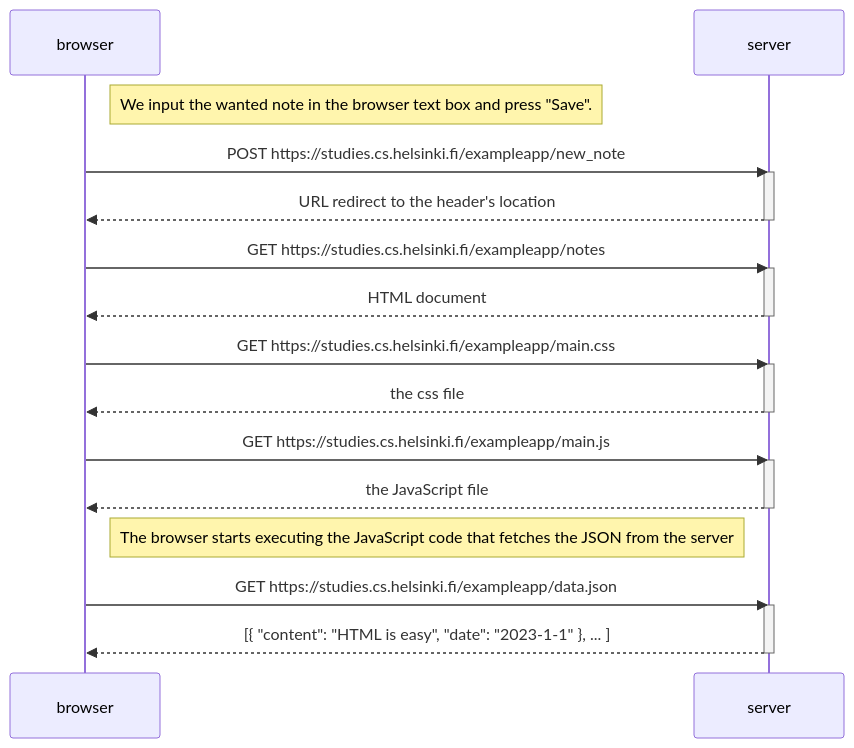
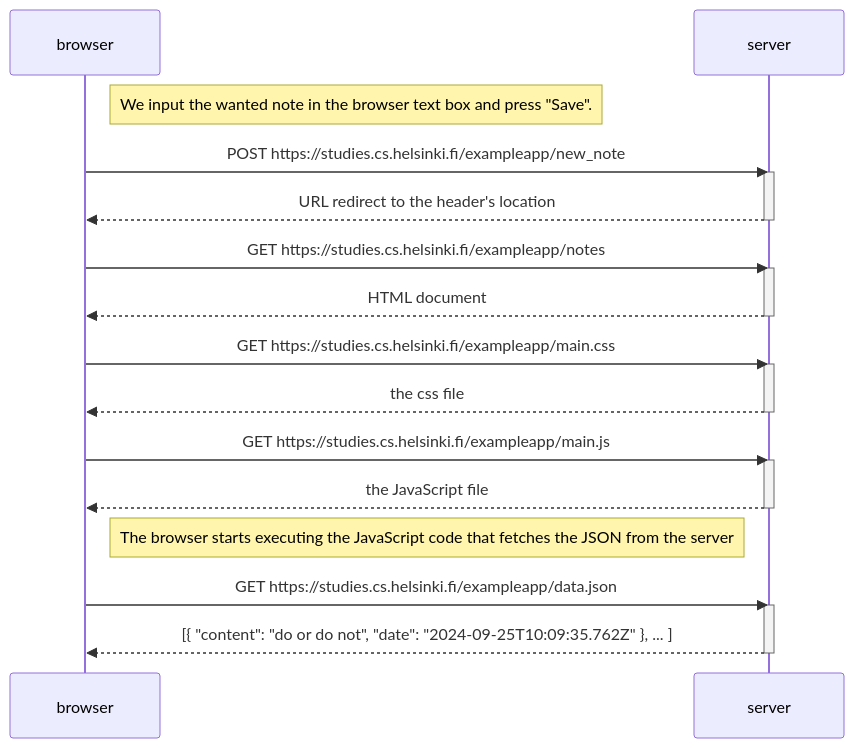
The diagram in part 0/diagram.md (karlo-kormanic/Fullstack_open), drawn with Mermaid before and after one commit. The commit also changed 1 other file, not shown here.

Commit message:
Further edited the diagrams

````diff
--- a/part 0/diagram.md
+++ b/part 0/diagram.md
@@ -1,34 +1,34 @@
 ```mermaid
   sequenceDiagram
     participant browser
     participant server
 
     Note right of browser: We input the wanted note in the browser text box and press "Save".
     
     browser->>server: POST https://studies.cs.helsinki.fi/exampleapp/new_note
     activate server
     server-->>browser: URL redirect to the header's location
     deactivate server
 
     browser->>server: GET https://studies.cs.helsinki.fi/exampleapp/notes
     activate server
     server-->>browser: HTML document
     deactivate server
 
     browser->>server: GET https://studies.cs.helsinki.fi/exampleapp/main.css
     activate server
     server-->>browser: the css file
     deactivate server
 
     browser->>server: GET https://studies.cs.helsinki.fi/exampleapp/main.js
     activate server
     server-->>browser: the JavaScript file
     deactivate server
 
     Note right of browser: The browser starts executing the JavaScript code that fetches the JSON from the server
 
     browser->>server: GET https://studies.cs.helsinki.fi/exampleapp/data.json
     activate server
-    server-->>browser: [{ "content": "HTML is easy", "date": "2023-1-1" }, ... ]
+    server-->>browser: [{ "content": "do or do not", "date": "2024-09-25T10:09:35.762Z" }, ... ]
     deactivate server
 ```
````
